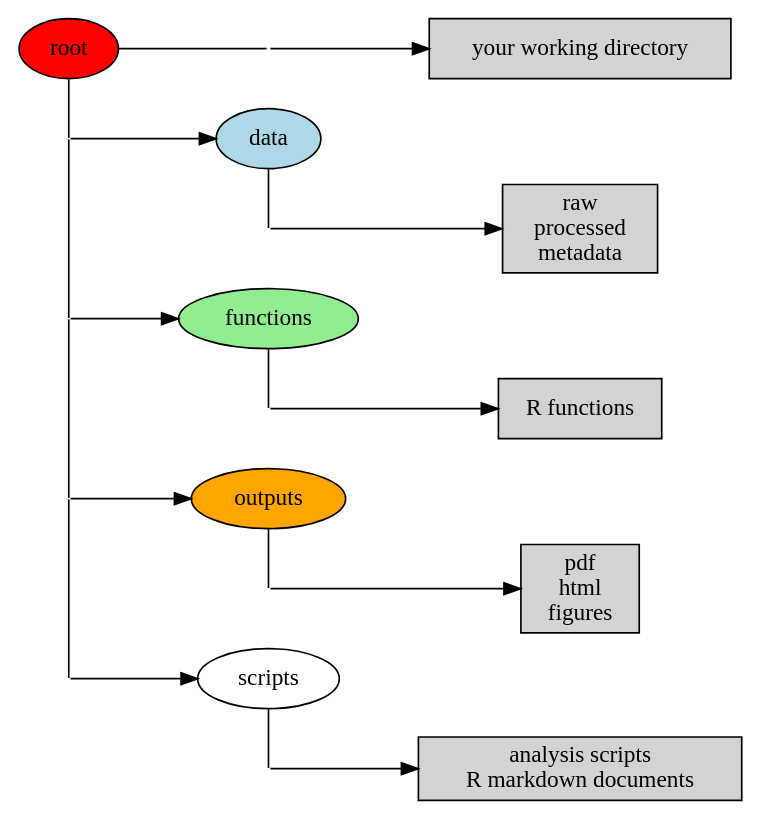
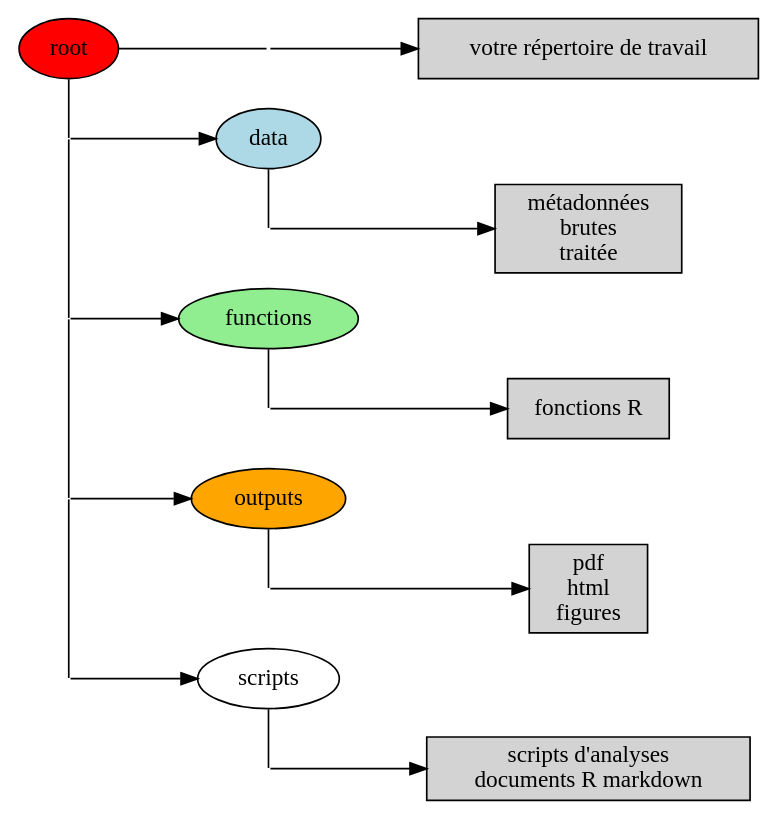
Before and after one commit to Biostats-uOttawa/R: the diagram in lang/fr/01-debut.qmd, drawn with Graphviz. The commit also changed other lines of this file, not shown here.

````diff
--- a/lang/fr/01-debut.qmd
+++ b/lang/fr/01-debut.qmd
@@ -391,74 +391,74 @@
 ```{dot}
 //| label: fig-dir-struc
-//| fig-cap: "Recommended directory structure for analysis with R"
+//| fig-cap: "Structure de répertoire recommandée pour des analyses sur R"
 //| fig-align: center
 
 digraph {
   rankdir=LR
   ranksep=0.5
   nodesep=0.5
   node [
     style = filled
     shape=oval
   ]
   root [fillcolor="red"]
   data [fillcolor="lightblue"]
   functions [fillcolor="lightgreen"]
   outputs [fillcolor="orange"]
   scripts [fillcolor="white"]
 
-  wd [label= "your working directory", shape = rect]
-  LOT1 [label= "raw\n processed\n metadata", shape = rect]
-  LOT2 [label= "R functions", shape = rect]
-  LOT4 [label= "analysis scripts\n R markdown documents", shape = rect]
+  wd [label= "votre répertoire de travail", shape = rect]
+  LOT1 [label= "métadonnées\n brutes\n traitée", shape = rect]
+  LOT2 [label= "fonctions R", shape = rect]
+  LOT4 [label= "scripts d'analyses\n documents R markdown", shape = rect]
   LOT3 [label = "pdf\n html\n figures", shape=rect]
 
   dot01 [shape=point width=0]
   root -> dot01 [arrowhead=none]
   dot01 -> wd [weight=20]
 
   {
     rank=same
     root
     dot1 [shape=point width=0]
     dot2 [shape=point width=0]
     dot3 [shape=point width=0]
     dot4 [shape=point width=0]
     root -> dot1 -> dot2 -> dot3 -> dot4 [arrowhead=none]
   }
 
   dot1 -> data [weight=20]
   {
     rank=same
     data
     dot21  [shape=point width=0]
     data -> dot21 [arrowhead=none]
   }
   dot21 -> LOT1 [weight=20]
   dot2 -> functions
   {
     rank=same
     functions
     dot22  [shape=point width=0]
     functions -> dot22 [arrowhead=none]
   }
   dot22 -> LOT2 [weight=20]
   dot3 -> outputs [weight=20]
   {
     rank=same
     outputs
     dot23 [shape=point width=0]
     outputs -> dot23 [arrowhead=none]
   }
   dot23 -> LOT3 [weight=20]
   
   dot4 -> scripts [weight=20]
   {
     rank=same
     scripts
     dot24 [shape=point width=0]
     scripts -> dot24 [arrowhead=none]
   }
   dot24 -> LOT4 [weight=20]
 }
 ```
````
